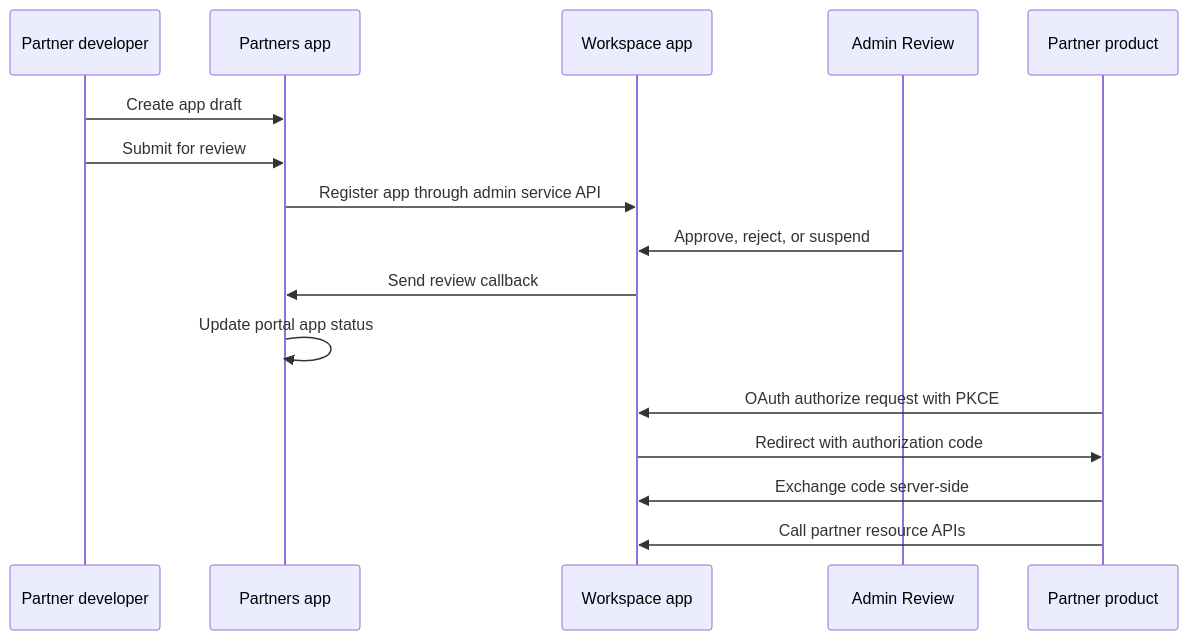
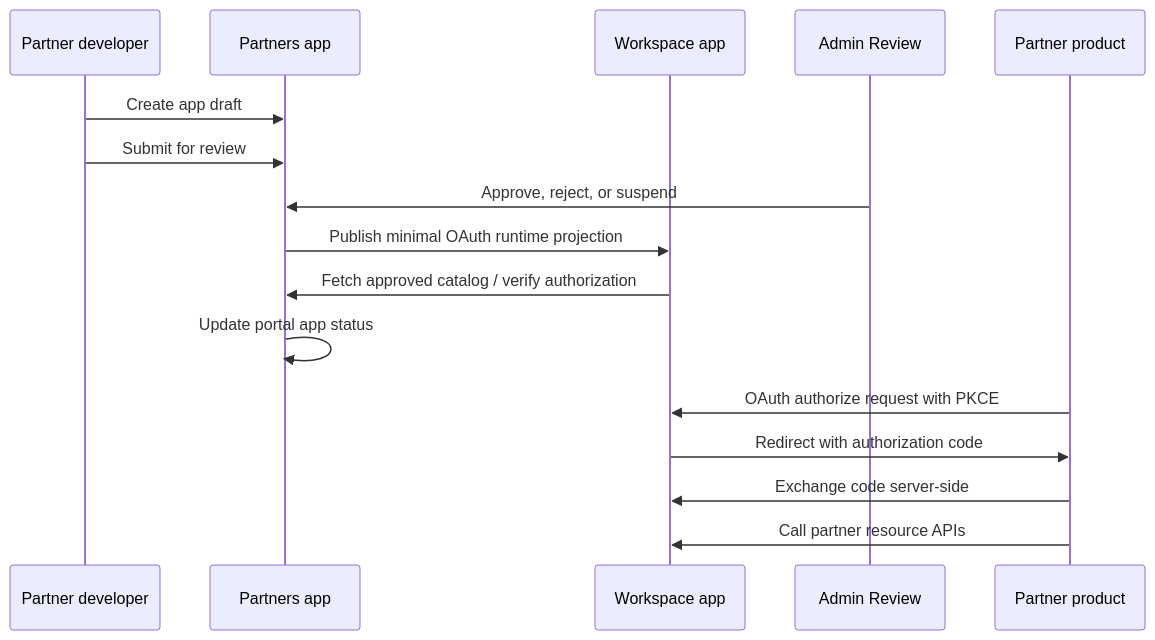
The diagram in docs/ARCHITECTURE.md (Up-to-code/ai-p1), drawn with Mermaid before and after one commit. The commit also changed other lines of this file and 272 other files, not shown here.

````diff
--- a/docs/ARCHITECTURE.md
+++ b/docs/ARCHITECTURE.md
@@ -57,19 +59,19 @@
 ```mermaid
 sequenceDiagram
   participant Dev as Partner developer
   participant Partners as Partners app
   participant Workspace as Workspace app
   participant Admin as Admin Review
   participant Product as Partner product
 
   Dev->>Partners: Create app draft
   Dev->>Partners: Submit for review
-  Partners->>Workspace: Register app through admin service API
-  Admin->>Workspace: Approve, reject, or suspend
-  Workspace->>Partners: Send review callback
+  Admin->>Partners: Approve, reject, or suspend
+  Partners->>Workspace: Publish minimal OAuth runtime projection
+  Workspace->>Partners: Fetch approved catalog / verify authorization
   Partners->>Partners: Update portal app status
   Product->>Workspace: OAuth authorize request with PKCE
   Workspace->>Product: Redirect with authorization code
   Product->>Workspace: Exchange code server-side
   Product->>Workspace: Call partner resource APIs
 ```
````
